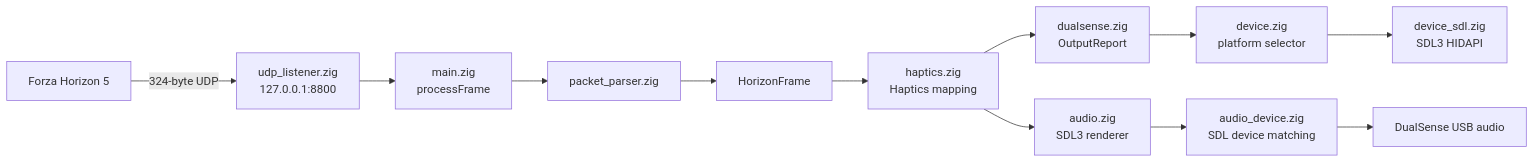
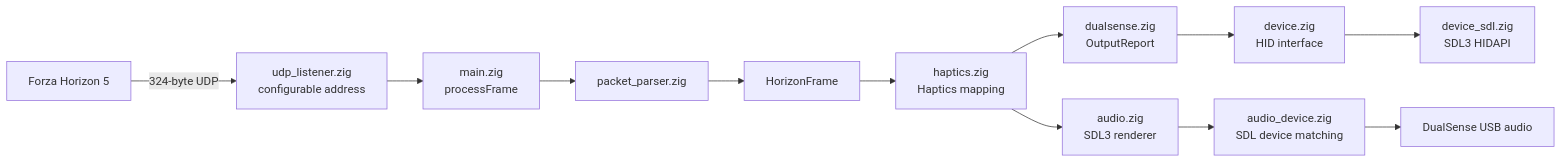
One commit to FancyBanana/horizon-dualsense-haptics changed the first of 2 diagrams in README.md. Above: the diagram before and after it, drawn with Mermaid. The commit also changed other lines of this file, not shown here.

Commit message:
Fix README architecture diagram and documentation accuracy

````diff
--- a/README.md
+++ b/README.md
@@ -25,16 +25,16 @@
 ```mermaid
 flowchart LR
-    Game["Forza Horizon 5"] -->|324-byte UDP| Listener["udp_listener.zig<br/>127.0.0.1:8800"]
+    Game["Forza Horizon 5"] -->|324-byte UDP| Listener["udp_listener.zig<br/>configurable address"]
     Listener --> Main["main.zig<br/>processFrame"]
     Main --> Parser["packet_parser.zig"]
     Parser --> Frame["HorizonFrame"]
     Frame --> Mapping["haptics.zig<br/>Haptics mapping"]
 
     Mapping --> Report["dualsense.zig<br/>OutputReport"]
-    Report --> Selector["device.zig<br/>platform selector"]
-    Selector --> Device["device_sdl.zig<br/>SDL3 HIDAPI"]
+    Report --> Device["device.zig<br/>HID interface"]
+    Device --> SDLDed["device_sdl.zig<br/>SDL3 HIDAPI"]
 
     Mapping --> Audio["audio.zig<br/>SDL3 renderer"]
     Audio --> AudioDevice["audio_device.zig<br/>SDL device matching"]
     AudioDevice --> USBAudio["DualSense USB audio"]
 ```
````
